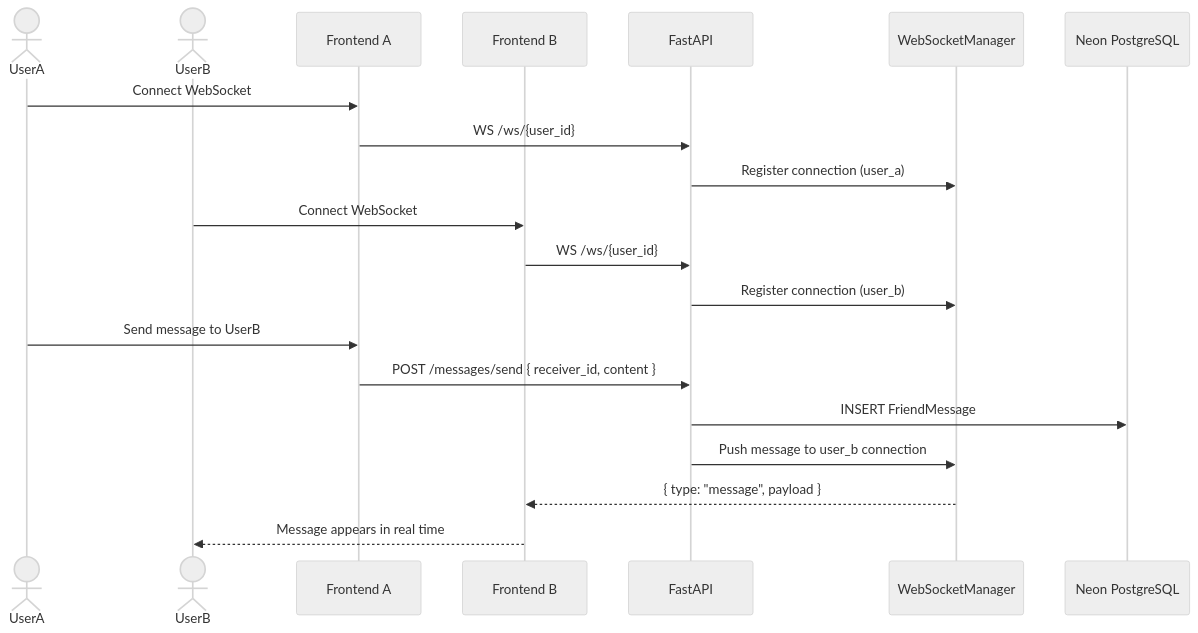
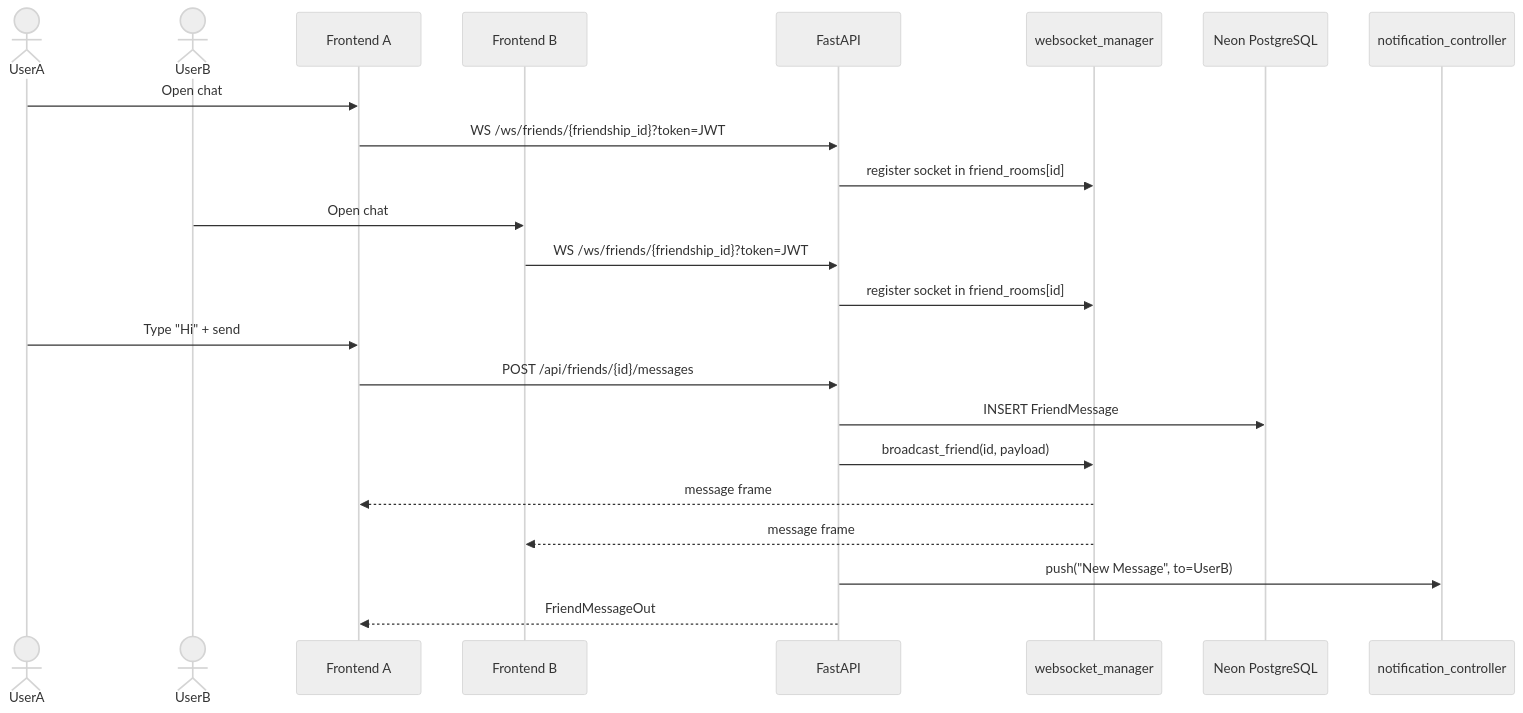
Before and after one commit to yazidha09/Hub4Learners: the third of 5 diagrams in docs/sprints/SPRINT_5.md, drawn with Mermaid (neutral theme). The commit also changed other lines of this file and 5 other files, not shown here.

````diff
--- a/docs/sprints/SPRINT_5.md
+++ b/docs/sprints/SPRINT_5.md
@@ -118,25 +191,27 @@
 ```mermaid
 sequenceDiagram
     actor UserA
     actor UserB
-    participant Frontend A
-    participant Frontend B
+    participant FE_A as Frontend A
+    participant FE_B as Frontend B
     participant FastAPI
-    participant WebSocketManager
-    participant Neon PostgreSQL
+    participant WS as websocket_manager
+    participant DB as Neon PostgreSQL
+    participant Notif as notification_controller
 
-    UserA->>Frontend A: Connect WebSocket
-    Frontend A->>FastAPI: WS /ws/{user_id}
-    FastAPI->>WebSocketManager: Register connection (user_a)
+    UserA->>FE_A: Open chat
+    FE_A->>FastAPI: WS /ws/friends/{friendship_id}?token=JWT
+    FastAPI->>WS: register socket in friend_rooms[id]
+    UserB->>FE_B: Open chat
+    FE_B->>FastAPI: WS /ws/friends/{friendship_id}?token=JWT
+    FastAPI->>WS: register socket in friend_rooms[id]
 
-    UserB->>Frontend B: Connect WebSocket
-    Frontend B->>FastAPI: WS /ws/{user_id}
-    FastAPI->>WebSocketManager: Register connection (user_b)
-
-    UserA->>Frontend A: Send message to UserB
-    Frontend A->>FastAPI: POST /messages/send { receiver_id, content }
-    FastAPI->>Neon PostgreSQL: INSERT FriendMessage
-    FastAPI->>WebSocketManager: Push message to user_b connection
-    WebSocketManager-->>Frontend B: { type: "message", payload }
-    Frontend B-->>UserB: Message appears in real time
+    UserA->>FE_A: Type "Hi" + send
+    FE_A->>FastAPI: POST /api/friends/{id}/messages
+    FastAPI->>DB: INSERT FriendMessage
+    FastAPI->>WS: broadcast_friend(id, payload)
+    WS-->>FE_A: message frame
+    WS-->>FE_B: message frame
+    FastAPI->>Notif: push("New Message", to=UserB)
+    FastAPI-->>FE_A: FriendMessageOut
 ```
````
